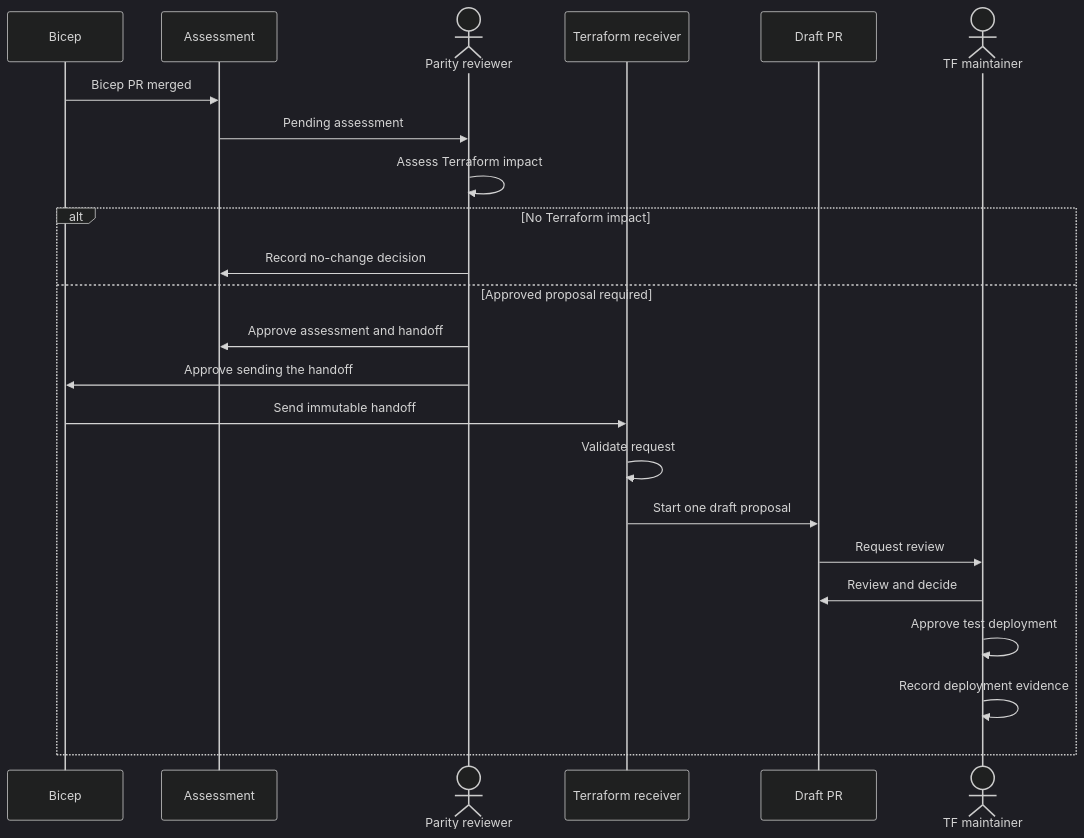
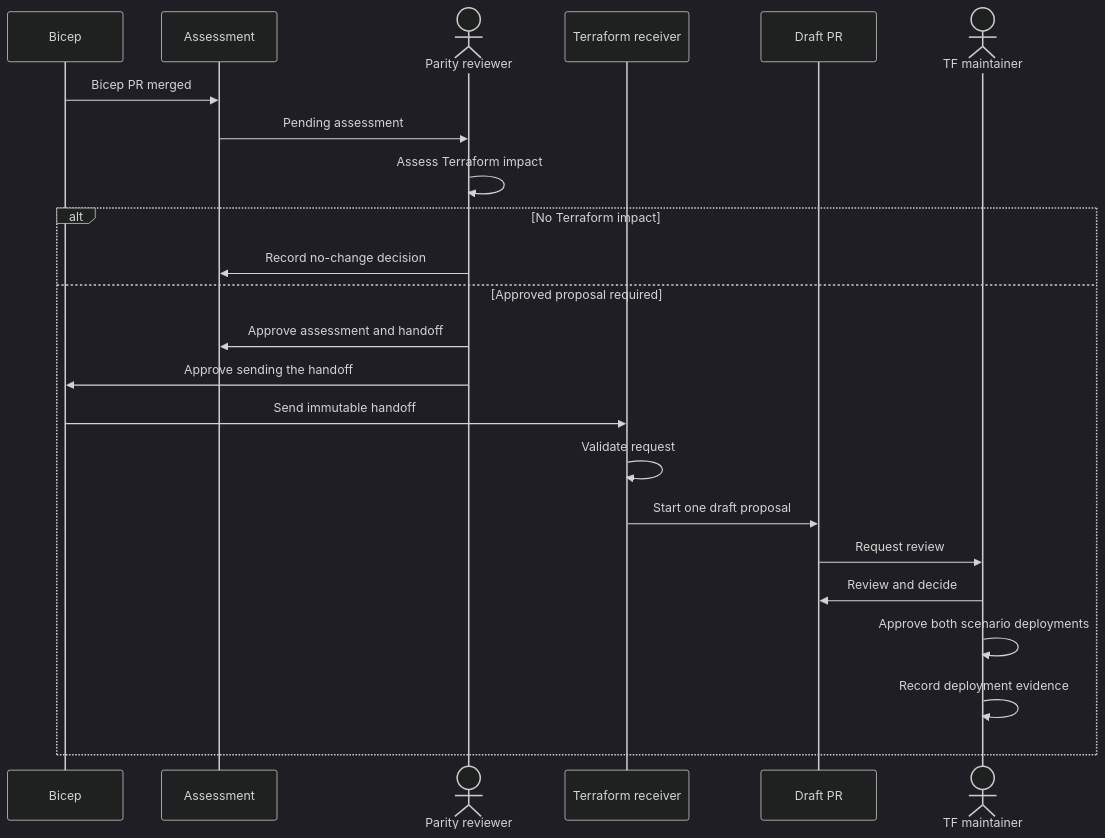
The second of 2 diagrams in docs/terraform-parity.md (Azure/AI-Landing-Zones), drawn with Mermaid (dark theme) before and after one commit. The commit also changed other lines of this file, not shown here.

````diff
--- a/docs/terraform-parity.md
+++ b/docs/terraform-parity.md
@@ -136,26 +128,26 @@
 ```mermaid
 sequenceDiagram
     participant B as Bicep
     participant A as Assessment
     actor H as Parity reviewer
     participant R as Terraform receiver
     participant T as Draft PR
     actor M as TF maintainer
 
     B->>A: Bicep PR merged
     A->>H: Pending assessment
     H->>H: Assess Terraform impact
     alt No Terraform impact
         H->>A: Record no-change decision
     else Approved proposal required
         H->>A: Approve assessment and handoff
         H->>B: Approve sending the handoff
         B->>R: Send immutable handoff
         R->>R: Validate request
         R->>T: Start one draft proposal
         T->>M: Request review
         M->>T: Review and decide
-        M->>M: Approve test deployment
+        M->>M: Approve both scenario deployments
         M->>M: Record deployment evidence
     end
 ```
````
